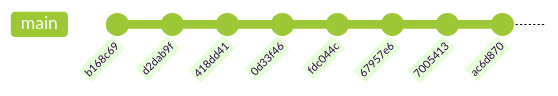
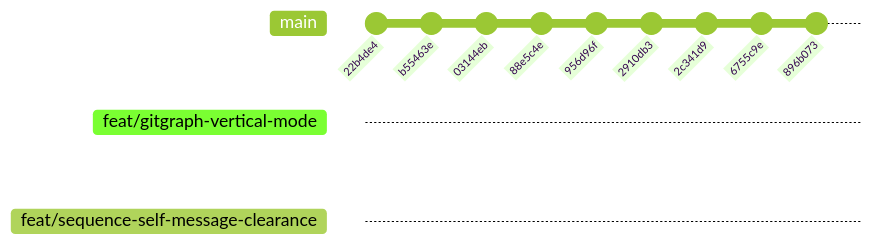
Before and after one commit to hodorii/dg: the seventh of 14 diagrams in examples/architecture.md, drawn with Mermaid (forest theme). The commit also changed other lines of this file and 2 other files, not shown here.

Commit message:
디자인 문서 Git 그래프를 실제 브랜치 구조로 갱신 (더 이상 일렬 아님)
examples/architecture.md의 gitGraph 예시가 커밋 8개를 그냥 나열한
일렬 로그였다. git-workflow 정책 도입 후 만든 라벨 브랜치
(feat/sequence-self-message-clearance, feat/gitgraph-vertical-mode)를
반영해 실제 브랜치 구조로 바꿨다. 브랜치 이름이 길어 이 폭(100)에서는
가로 모드가 안 들어가 dg가 자동으로 세로 모드로 재시도하는데,
gitgraph-vertical-mode 스펙이 실제로 작동하는 걸 보여주는 예시라
그대로 두고 캡션에 이유를 적었다.

steering/git-workflow.md에도 이 두 라벨 브랜치는 병합 커밋이 없어
브랜치 ref 자체가 기록을 대신하므로 "merge 후 삭제" 규칙 예외라고
남겼다. examples/architecture.txt는 make examples로 재생성.

````diff
--- a/examples/architecture.md
+++ b/examples/architecture.md
@@ -276,11 +281,16 @@
 ```mermaid
 gitGraph
-  commit id: "b168c69"
-  commit id: "d2dab9f"
-  commit id: "418dd41"
-  commit id: "0d33f46"
-  commit id: "fdc044c"
-  commit id: "67957e6"
-  commit id: "7005413"
-  commit id: "ac6d870"
+  commit id: "22b4de4"
+  commit id: "b55463e"
+  commit id: "03144eb"
+  branch feat/gitgraph-vertical-mode
+  checkout main
+  commit id: "88e5c4e"
+  branch feat/sequence-self-message-clearance
+  checkout main
+  commit id: "956d96f"
+  commit id: "2910db3"
+  commit id: "2c341d9"
+  commit id: "6755c9e"
+  commit id: "896b073"
 ```
````
